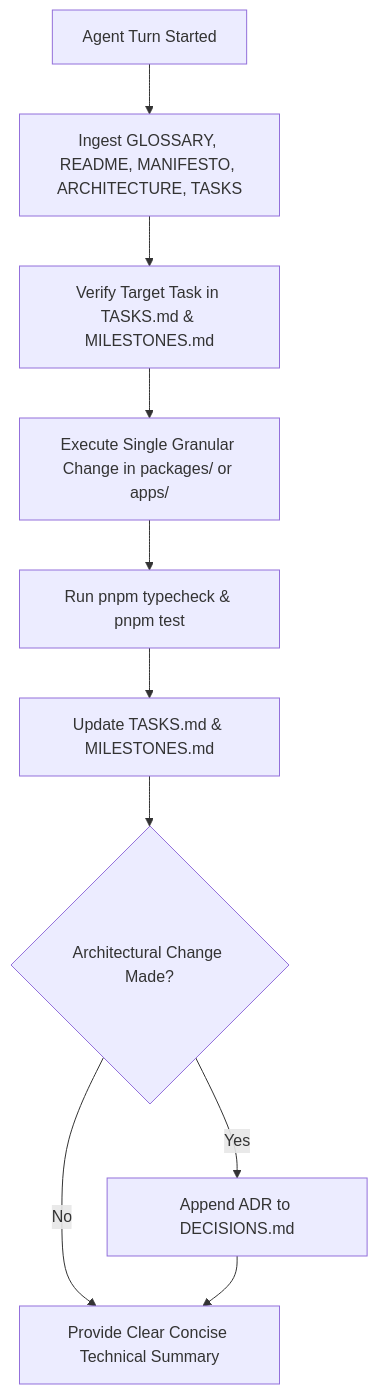
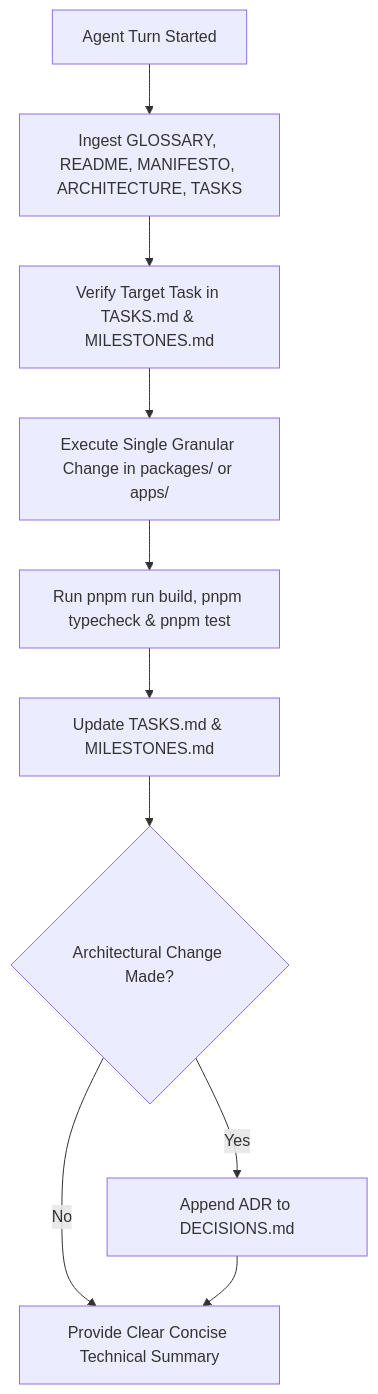
Before and after one commit to CreatorLZ/pookoo: the diagram in AGENTS.md, drawn with Mermaid. The commit also changed other lines of this file and 31 other files, not shown here.

````diff
--- a/AGENTS.md
+++ b/AGENTS.md
@@ -54,12 +54,12 @@
 ```mermaid
 flowchart TD
     Start[Agent Turn Started] --> Ingest[Ingest GLOSSARY, README, MANIFESTO, ARCHITECTURE, TASKS]
     Ingest --> CheckTask[Verify Target Task in TASKS.md & MILESTONES.md]
     CheckTask --> CodeEdit[Execute Single Granular Change in packages/ or apps/]
-    CodeEdit --> Verify[Run pnpm typecheck & pnpm test]
+    CodeEdit --> Verify[Run pnpm run build, pnpm typecheck & pnpm test]
     Verify --> DocsUpdate[Update TASKS.md & MILESTONES.md]
     DocsUpdate --> ADRCheck{Architectural Change Made?}
     ADRCheck -- Yes --> AddADR[Append ADR to DECISIONS.md]
     ADRCheck -- No --> Summary[Provide Clear Concise Technical Summary]
     AddADR --> Summary
 ```
````
